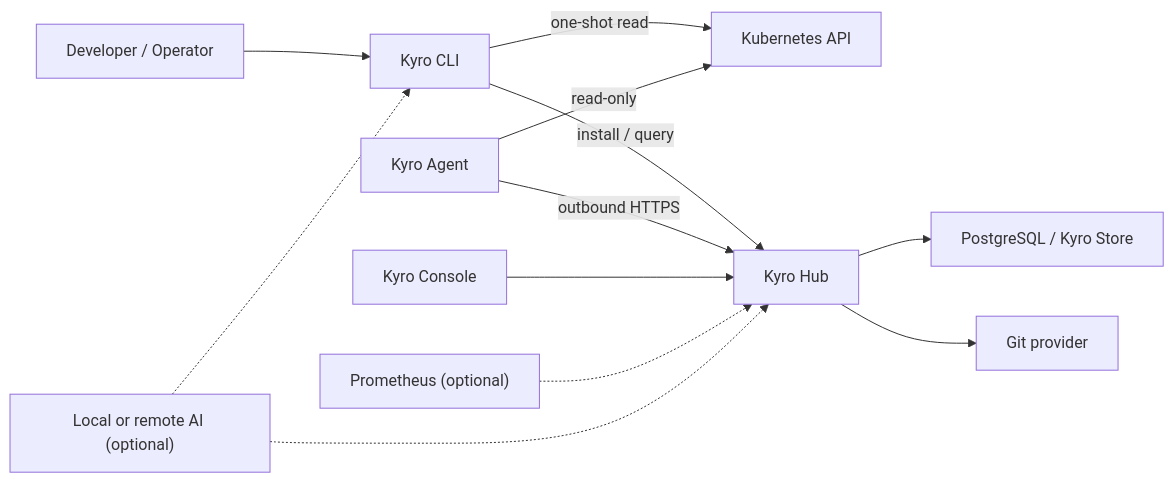
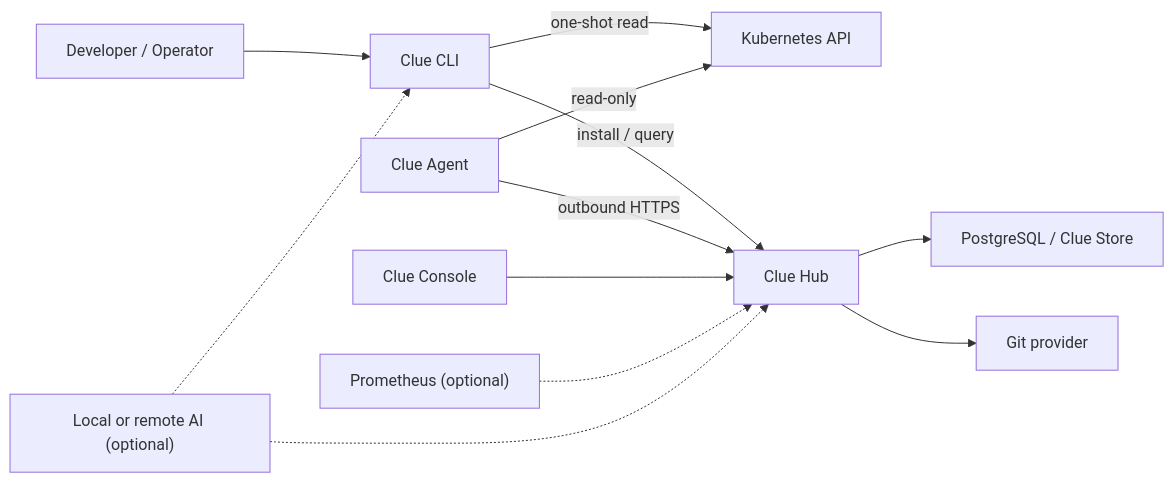
One commit to woonyong-choi/clue changed the diagram in docs/03-target-architecture.md. Above: the diagram before and after it, drawn with Mermaid. The commit also changed other lines of this file and 15 other files, not shown here.

````diff
--- a/docs/03-target-architecture.md
+++ b/docs/03-target-architecture.md
@@ -5,14 +5,14 @@
 ```mermaid
 flowchart LR
-  User["Developer / Operator"] --> CLI["Kyro CLI"]
+  User["Developer / Operator"] --> CLI["Clue CLI"]
   CLI -->|"one-shot read"| K8s["Kubernetes API"]
-  CLI -->|"install / query"| Hub["Kyro Hub"]
-  Agent["Kyro Agent"] -->|"outbound HTTPS"| Hub
+  CLI -->|"install / query"| Hub["Clue Hub"]
+  Agent["Clue Agent"] -->|"outbound HTTPS"| Hub
   Agent -->|"read-only"| K8s
-  Hub --> Store["PostgreSQL / Kyro Store"]
-  Console["Kyro Console"] --> Hub
+  Hub --> Store["PostgreSQL / Clue Store"]
+  Console["Clue Console"] --> Hub
   Hub --> SCM["Git provider"]
   Prom["Prometheus (optional)"] -.-> Hub
   LocalAI["Local or remote AI (optional)"] -.-> CLI
   LocalAI -.-> Hub
 ```
````
